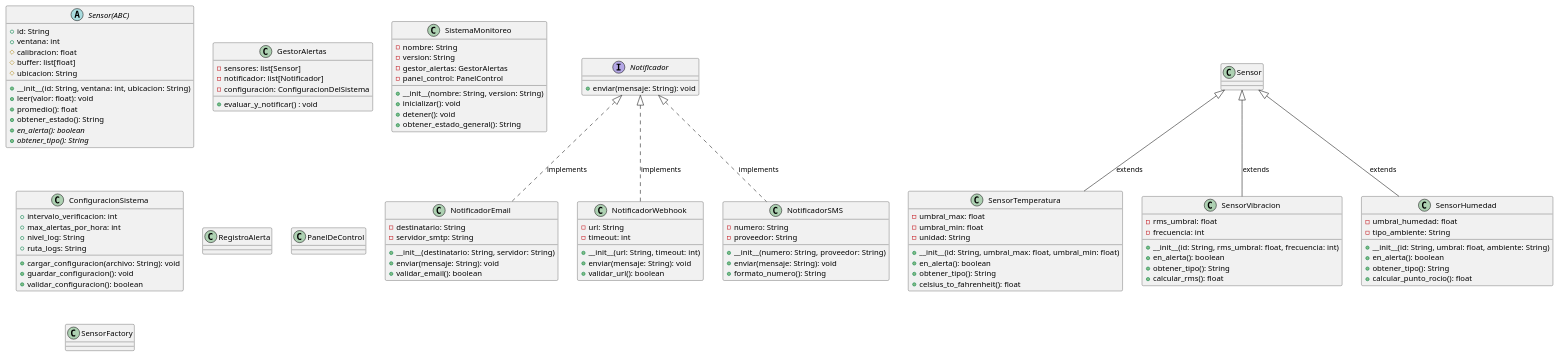
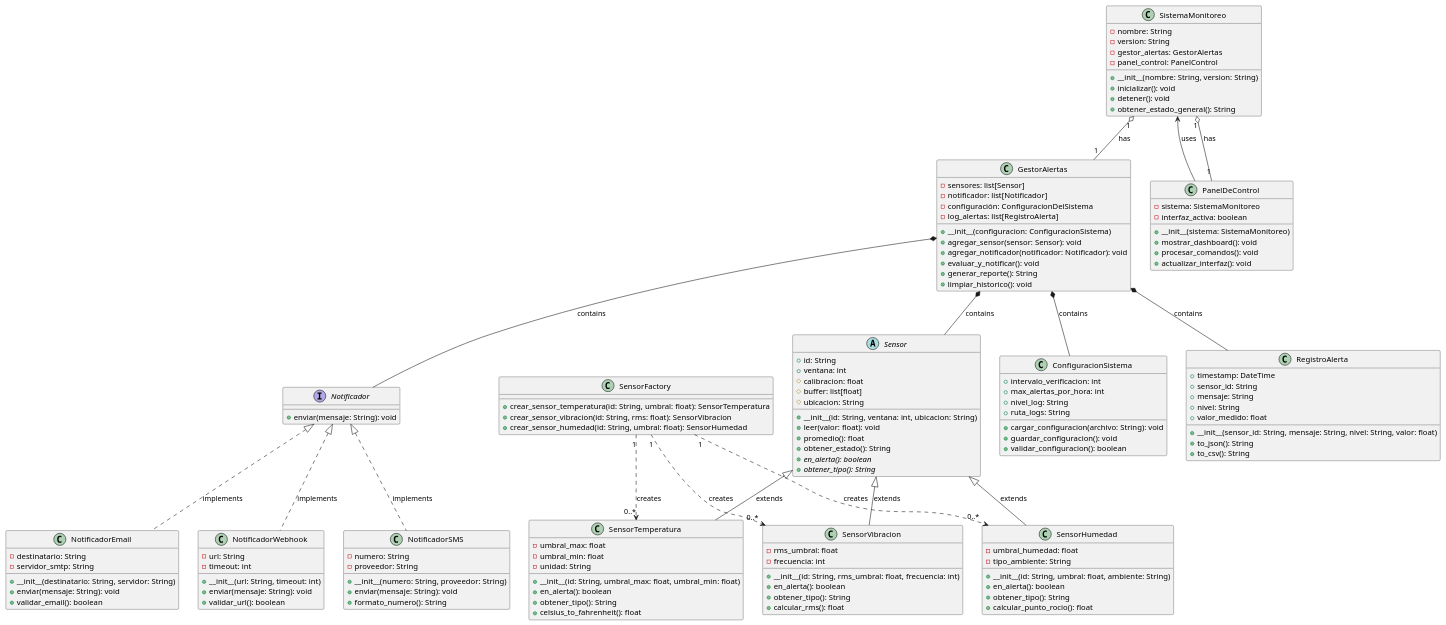
The diagram in diageama_4_pilares.wsd (chavarc97/Ejercicio-4-pilares), drawn with PlantUML before and after one commit. The commit also changed 3 other files, not shown here.

Commit message:
Add README and UML diagrams for monitoring system; include sensor classes and architecture details

```diff
--- a/diageama_4_pilares.wsd
+++ b/diageama_4_pilares.wsd
@@ -1,135 +1,181 @@
 @startuml diagrama_4_pilares
 ' Protocol/Interface
 interface Notificador {
     +enviar(mensaje: String): void
 }
 
 ' Implementaciones del Protocol / Interface
 class NotificadorEmail {
     -destinatario: String
     -servidor_smtp: String
     +__init__(destinatario: String, servidor: String)
     +enviar(mensaje: String): void
     +validar_email(): boolean
 }
 
 class NotificadorWebhook {
     -url: String
     -timeout: int
     +__init__(url: String, timeout: int)
     +enviar(mensaje: String): void
     +validar_url(): boolean
 }
 
 class NotificadorSMS {
     -numero: String
     -proveedor: String
     +__init__(numero: String, proveedor: String)
     +enviar(mensaje: String): void
     +formato_numero(): String
 }
 
 ' Clase abstracta base para los sensores
-abstract class Sensor(ABC){
+abstract class Sensor{
     +id: String
     +ventana: int
     #calibracion: float
     #buffer: list[float]
     #ubicacion: String
     
     +__init__(id: String, ventana: int, ubicacion: String)
     +leer(valor: float): void
     +promedio(): float
     +obtener_estado(): String
     {abstract} +en_alerta(): boolean
     {abstract} +obtener_tipo(): String
 }   
 
 ' HERENCIA: Subclases Concretas
 class SensorTemperatura {
     -umbral_max: float
     -umbral_min: float
     -unidad: String
     
     +__init__(id: String, umbral_max: float, umbral_min: float)
     +en_alerta(): boolean
     +obtener_tipo(): String
     +celsius_to_fahrenheit(): float
 }
 
 class SensorVibracion {
     -rms_umbral: float
     -frecuencia: int
     
     +__init__(id: String, rms_umbral: float, frecuencia: int)
     +en_alerta(): boolean
     +obtener_tipo(): String
     +calcular_rms(): float
 }
 
 class SensorHumedad{
     -umbral_humedad: float
     -tipo_ambiente: String
     
     +__init__(id: String, umbral: float, ambiente: String)
     +en_alerta(): boolean
     +obtener_tipo(): String
     +calcular_punto_rocio(): float
 }
 
 
 ' Composición - GestorAlertas contiene sensores y notificadores
 class GestorAlertas {
     -sensores: list[Sensor]
     -notificador: list[Notificador]
     -configuración: ConfiguracionDelSistema
+    -log_alertas: list[RegistroAlerta]
 
-    +evaluar_y_notificar() : void
+    +__init__(configuracion: ConfiguracionSistema)
+    +agregar_sensor(sensor: Sensor): void
+    +agregar_notificador(notificador: Notificador): void
+    +evaluar_y_notificar(): void
+    +generar_reporte(): String
+    +limpiar_historico(): void
 }
 
 ' Agregación - Sistema tiene GestorAlertas
 class SistemaMonitoreo {
     -nombre: String
     -version: String
     -gestor_alertas: GestorAlertas
     -panel_control: PanelControl
     
     +__init__(nombre: String, version: String)
     +inicializar(): void
     +detener(): void
     +obtener_estado_general(): String
 }
 
 ' Clase de configuración
 class ConfiguracionSistema {
     +intervalo_verificacion: int
     +max_alertas_por_hora: int
     +nivel_log: String
     +ruta_logs: String
     
     +cargar_configuracion(archivo: String): void
     +guardar_configuracion(): void
     +validar_configuracion(): boolean
 }
 
 ' Clase para registros 
-class RegistroAlerta{}
+class RegistroAlerta{
+    +timestamp: DateTime
+    +sensor_id: String
+    +mensaje: String
+    +nivel: String
+    +valor_medido: float
+    
+    +__init__(sensor_id: String, mensaje: String, nivel: String, valor: float)
+    +to_json(): String
+    +to_csv(): String
+}
 
 ' Clase para interfaz de usuario
-class PanelDeControl{}
+class PanelDeControl{
+    -sistema: SistemaMonitoreo
+    -interfaz_activa: boolean
+    
+    +__init__(sistema: SistemaMonitoreo)
+    +mostrar_dashboard(): void
+    +procesar_comandos(): void
+    +actualizar_interfaz(): void
+}
 
 ' Factory para crear sensores
-class SensorFactory{}
+class SensorFactory{
+    +crear_sensor_temperatura(id: String, umbral: float): SensorTemperatura
+    +crear_sensor_vibracion(id: String, rms: float): SensorVibracion
+    +crear_sensor_humedad(id: String, umbral: float): SensorHumedad
+}
 
 ' -----------------------RELACIONES----------------------
 ' Herencia (Generalización)
 Sensor <|-- SensorTemperatura : extends
 Sensor <|-- SensorVibracion : extends  
 Sensor <|-- SensorHumedad : extends
 
 ' Implementacion
 Notificador <|.. NotificadorEmail : implements
 Notificador <|.. NotificadorSMS : implements
 Notificador <|.. NotificadorWebhook : implements
 
+' Composición (rombo negro) - GestorAlertas CONTIENE sensores y notificadores
+GestorAlertas *-- Sensor : contains
+GestorAlertas *-- Notificador : contains
+GestorAlertas *-- ConfiguracionSistema : contains
+GestorAlertas *-- RegistroAlerta : contains
+
+' Agregación (rombo blanco) - SistemaMonitoreo TIENE GestorAlertas
+SistemaMonitoreo "1" o-- "1" GestorAlertas : has
+SistemaMonitoreo "1" o-- "1" PanelDeControl : has
+
+' Asociación - PanelDeControl conoce a SistemaMonitoreo
+PanelDeControl --> SistemaMonitoreo : uses
+
+' Dependencia (flecha punteada) - SensorFactory crea sensores
+SensorFactory "1" ..> "0..*" SensorTemperatura : creates
+SensorFactory "1" ..> "0..*" SensorVibracion : creates
+SensorFactory "1" ..> "0..*" SensorHumedad : creates
+
 @enduml
```
